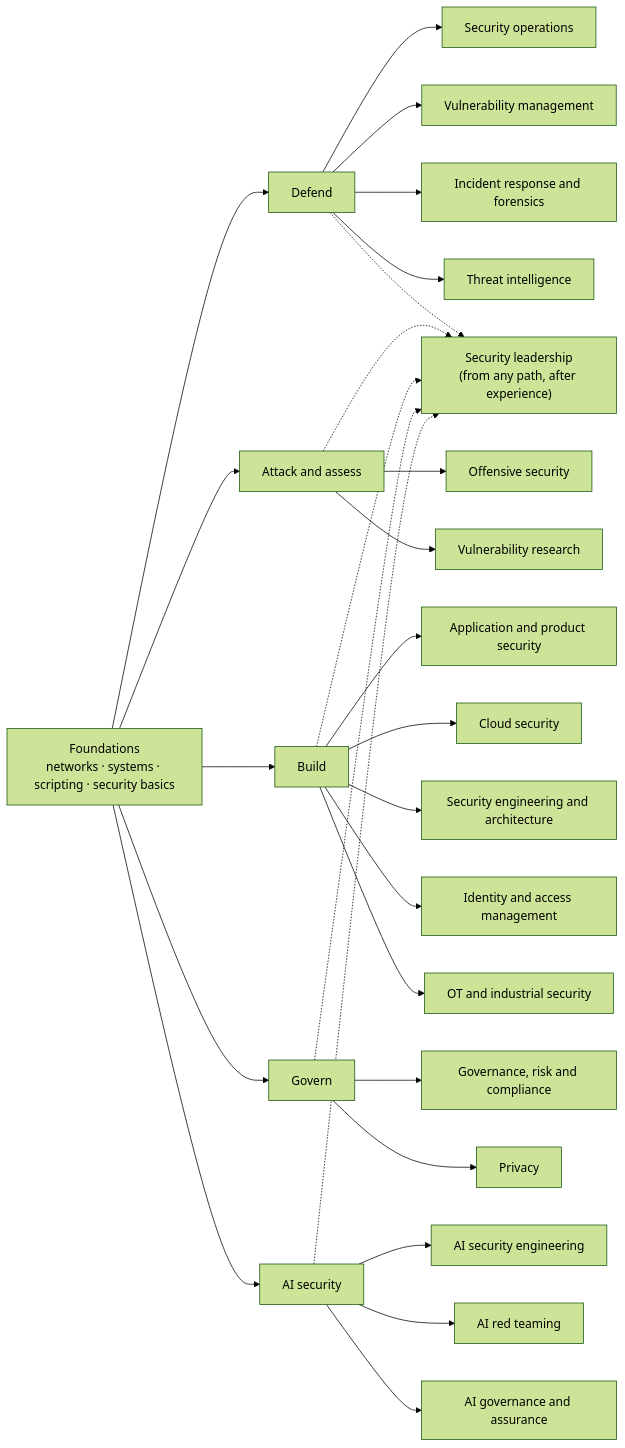
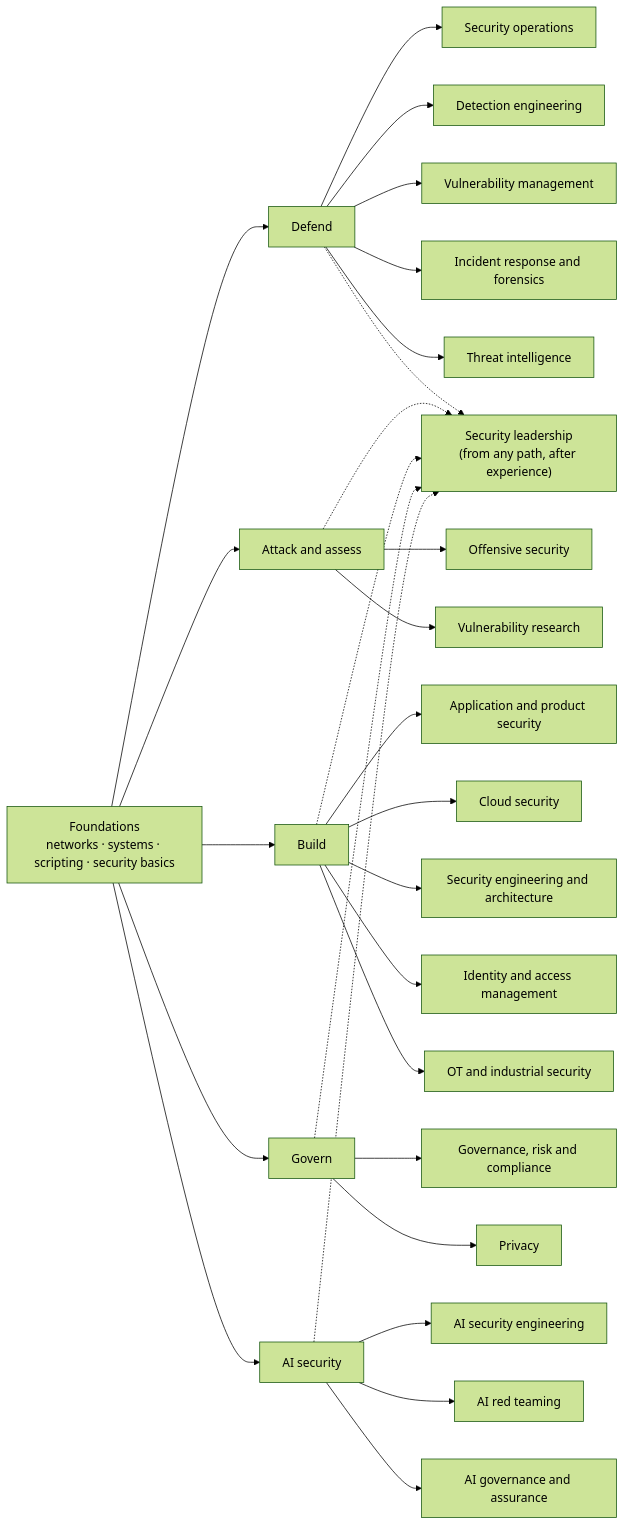
Before and after one commit to thenayanhazra/security-career-paths: the diagram in README.md, drawn with Mermaid (forest theme). The commit also changed other lines of this file and 31 other files, not shown here.

Commit message:
Phase 2: add 5 guides, Detection engineering path, Trade-offs & Ready to apply sections

````diff
--- a/README.md
+++ b/README.md
@@ -26,26 +30,27 @@
 ```mermaid
 flowchart LR
   F["Foundations<br/>networks · systems · scripting · security basics"]
   F --> D["Defend"]
   F --> A["Attack and assess"]
   F --> B["Build"]
   F --> G["Govern"]
   F --> AI["AI security"]
   D --> SO["Security operations"]
+  D --> DE["Detection engineering"]
   D --> VM["Vulnerability management"]
   D --> IR["Incident response and forensics"]
   D --> TI["Threat intelligence"]
   A --> OS["Offensive security"]
   A --> VR["Vulnerability research"]
   B --> AS["Application and product security"]
   B --> CS["Cloud security"]
   B --> SE["Security engineering and architecture"]
   B --> IAM["Identity and access management"]
   B --> OT["OT and industrial security"]
   G --> GRC["Governance, risk and compliance"]
   G --> PR["Privacy"]
   AI --> AISE["AI security engineering"]
   AI --> AIRT["AI red teaming"]
   AI --> AIG["AI governance and assurance"]
   D & A & B & G & AI -.-> L["Security leadership<br/>(from any path, after experience)"]
 ```
````
